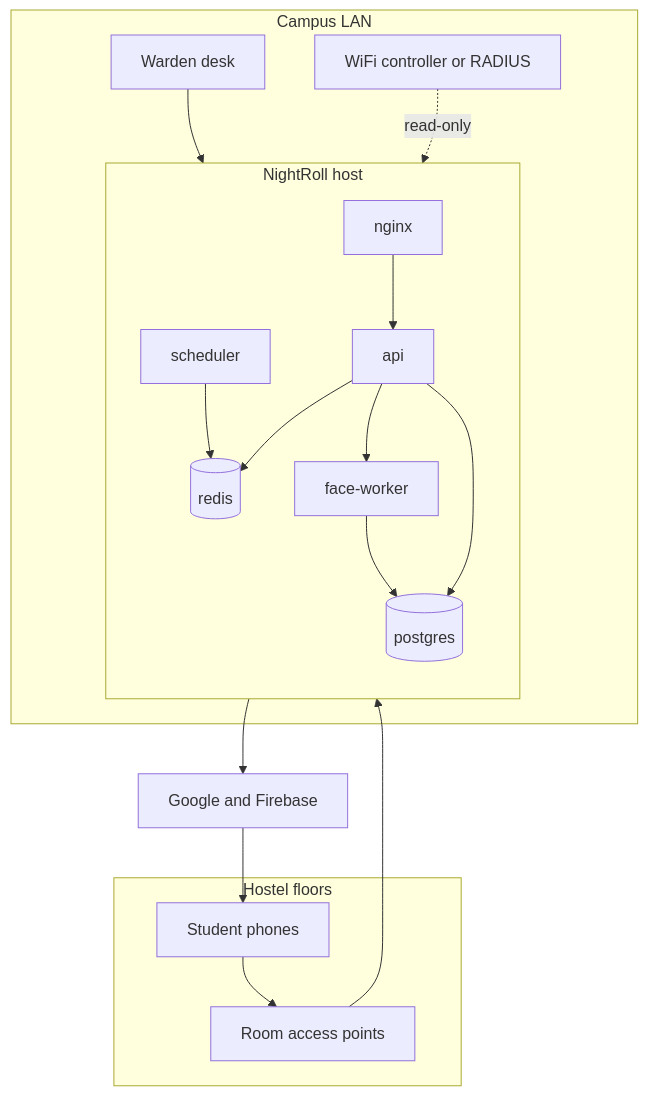
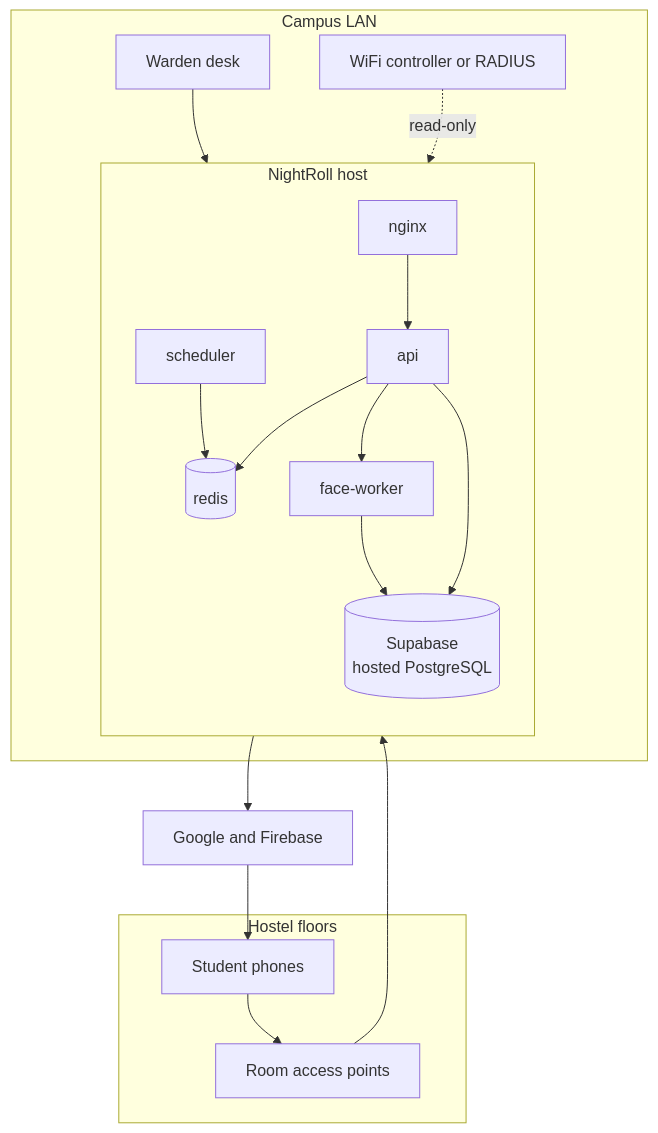
One commit to Rahul-8283/NightRoll changed the tenth of 10 diagrams in docs/architecture.md. Above: the diagram before and after it, drawn with Mermaid. The commit also changed other lines of this file and 2 other files, not shown here.

Commit message:
docs: move database, auth and storage to Supabase across PRD, TRD and architecture

````diff
--- a/docs/architecture.md
+++ b/docs/architecture.md
@@ -423,34 +425,34 @@
 ```mermaid
 flowchart TB
     subgraph Rooms["Hostel floors"]
         Ph["Student phones"]
         APs["Room access points"]
         Ph --> APs
     end
 
     subgraph Campus["Campus LAN"]
         Warden["Warden desk"]
         Ctrl["WiFi controller or RADIUS"]
         subgraph Host["NightRoll host"]
             direction TB
             N["nginx"]
             A["api"]
             F["face-worker"]
             S["scheduler"]
-            P[("postgres")]
+            P[("Supabase<br/>hosted PostgreSQL")]
             R[("redis")]
             N --> A
             A --> P
             A --> R
             A --> F
             S --> R
             F --> P
         end
         Warden --> N
         Ctrl -. "read-only" .-> A
     end
 
     APs --> N
     A --> Google["Google and Firebase"]
     Google --> Ph
 ```
````
